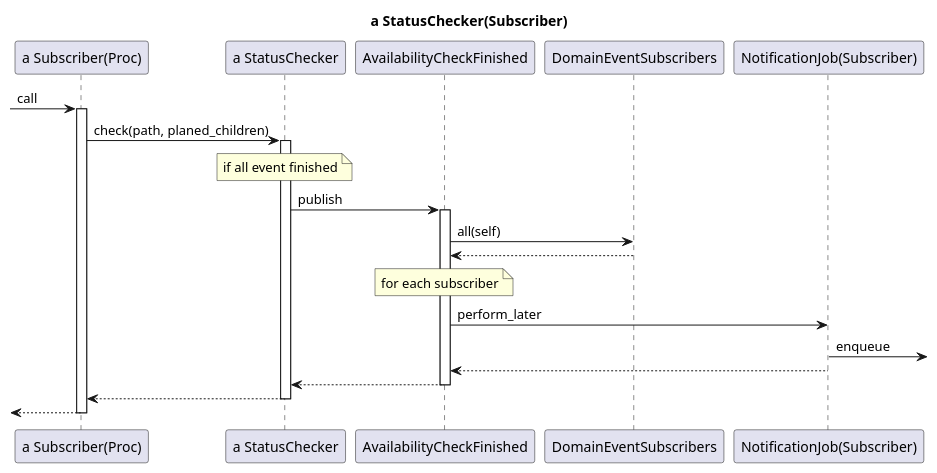
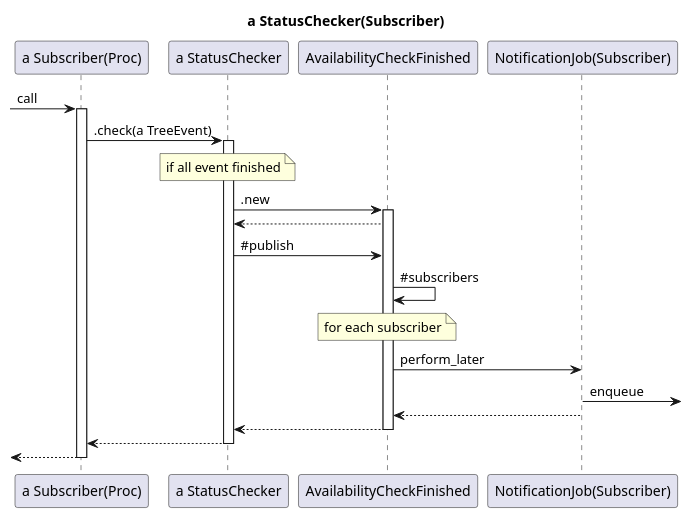
The fourth of 4 diagrams in docs/yokohama/yokohama.pu (mokuo/tennis-court-agent), drawn with PlantUML before and after one commit. The commit also changed other lines of this file and 4 other files, not shown here.

Commit message:
s PlantUML でシーケンス図を作成

```diff
--- a/docs/yokohama/yokohama.pu
+++ b/docs/yokohama/yokohama.pu
@@ -99,27 +96,30 @@
 @startuml status_checker
 title a StatusChecker(Subscriber)
 
 -> "a Subscriber(Proc)": call
 activate "a Subscriber(Proc)"
-  "a Subscriber(Proc)" -> "a StatusChecker": check(path, planed_children)
+  "a Subscriber(Proc)" -> "a StatusChecker": .check(a TreeEvent)
   activate "a StatusChecker"
     note over "a StatusChecker"
       if all event finished
     end note
-    "a StatusChecker" -> AvailabilityCheckFinished: publish
+    "a StatusChecker" -> AvailabilityCheckFinished: .new
     activate AvailabilityCheckFinished
-      AvailabilityCheckFinished -> DomainEventSubscribers: all(self)
-      AvailabilityCheckFinished <-- DomainEventSubscribers
+      "a StatusChecker" <-- AvailabilityCheckFinished
+      "a StatusChecker" -> AvailabilityCheckFinished: ~#publish
+      AvailabilityCheckFinished -> AvailabilityCheckFinished: ~#subscribers
+
       note over "AvailabilityCheckFinished"
         for each subscriber
       end note
+
       AvailabilityCheckFinished -> "NotificationJob(Subscriber)": perform_later
       "NotificationJob(Subscriber)" ->: enqueue
       AvailabilityCheckFinished <-- "NotificationJob(Subscriber)"
     "a StatusChecker" <-- AvailabilityCheckFinished
     deactivate AvailabilityCheckFinished
   "a Subscriber(Proc)" <-- "a StatusChecker"
   deactivate "a StatusChecker"
 <-- "a Subscriber(Proc)"
 deactivate "a Subscriber(Proc)"
 @enduml
```
